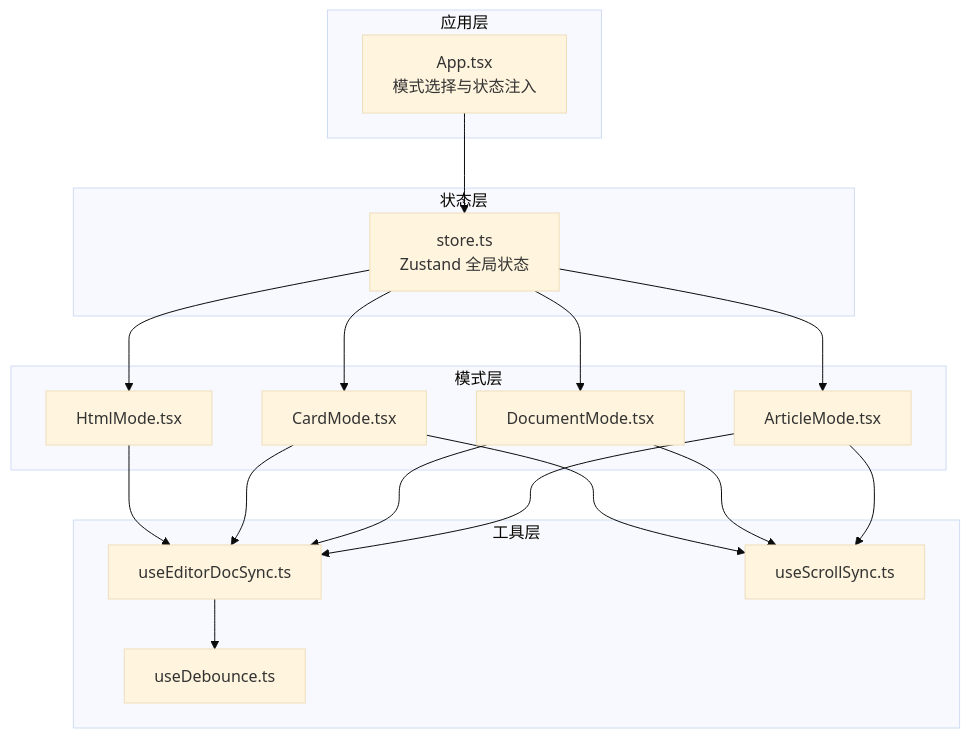
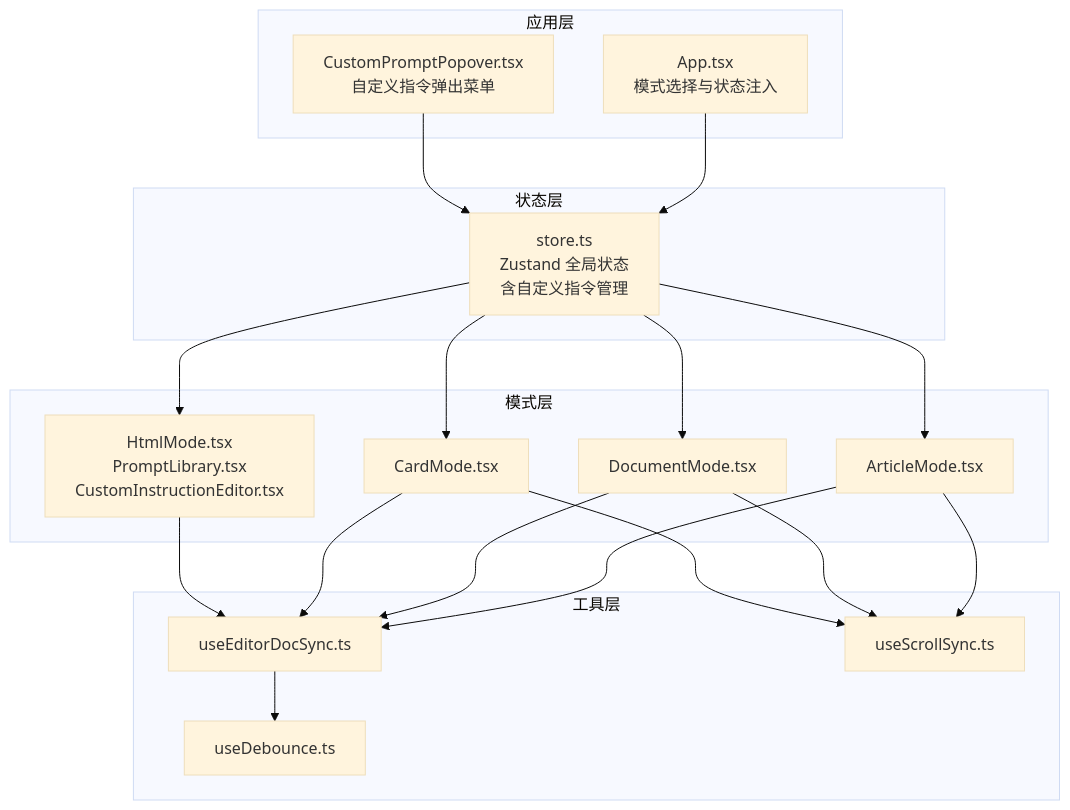
One commit to ZhongXiandou/markdown2view changed the first of 8 diagrams in .qoder/repowiki/zh/content/架构设计/状态管理架构.md. Above: the diagram before and after it, drawn with Mermaid (base theme). The commit also changed other lines of this file and 35 other files, not shown here.

````diff
--- a/.qoder/repowiki/zh/content/架构设计/状态管理架构.md
+++ b/.qoder/repowiki/zh/content/架构设计/状态管理架构.md
@@ -35,33 +46,35 @@
 ```mermaid
 graph TB
 subgraph "应用层"
 App["App.tsx<br/>模式选择与状态注入"]
+CustomPrompt["CustomPromptPopover.tsx<br/>自定义指令弹出菜单"]
 end
 subgraph "状态层"
-Store["store.ts<br/>Zustand 全局状态"]
+Store["store.ts<br/>Zustand 全局状态<br/>含自定义指令管理"]
 end
 subgraph "模式层"
 Article["ArticleMode.tsx"]
 Document["DocumentMode.tsx"]
 Card["CardMode.tsx"]
-Html["HtmlMode.tsx"]
+Html["HtmlMode.tsx<br/>PromptLibrary.tsx<br/>CustomInstructionEditor.tsx"]
 end
 subgraph "工具层"
 EditorSync["useEditorDocSync.ts"]
 Debounce["useDebounce.ts"]
 ScrollSync["useScrollSync.ts"]
 end
 App --> Store
+CustomPrompt --> Store
 Store --> Article
 Store --> Document
 Store --> Card
 Store --> Html
 Article --> EditorSync
 Document --> EditorSync
 Card --> EditorSync
 Html --> EditorSync
 EditorSync --> Debounce
 Article --> ScrollSync
 Document --> ScrollSync
 Card --> ScrollSync
 ```
````
